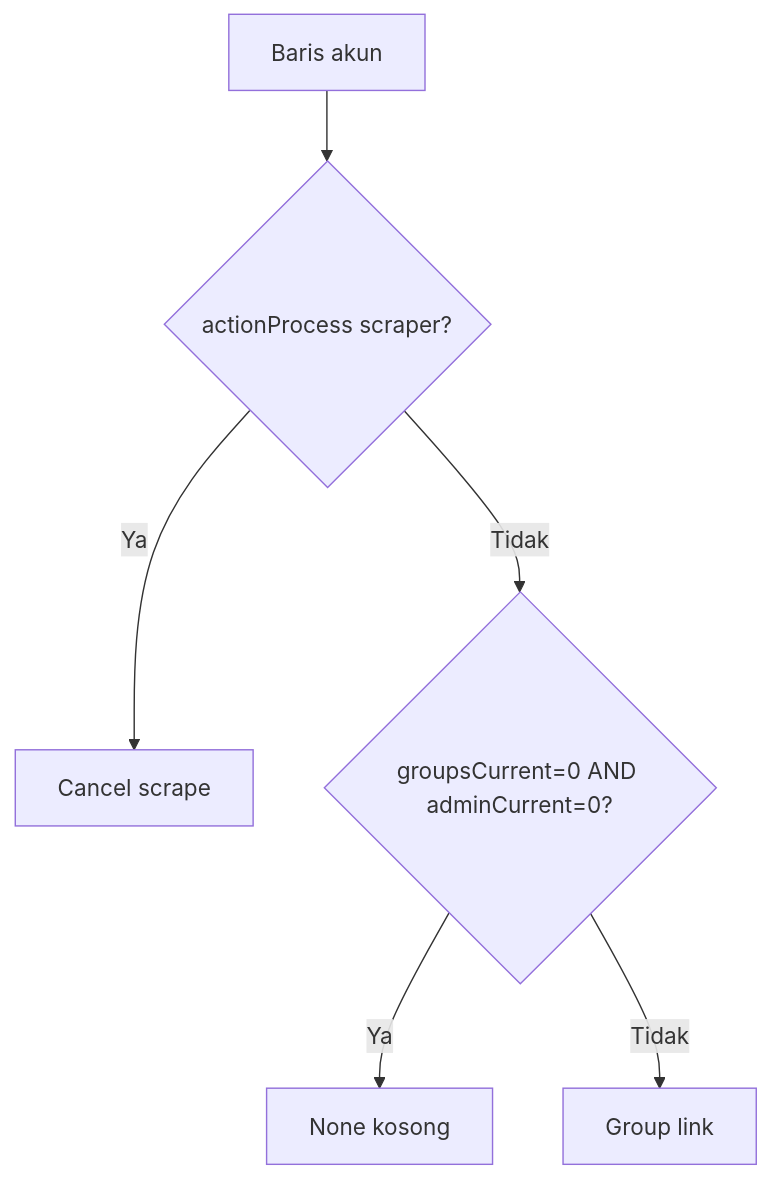
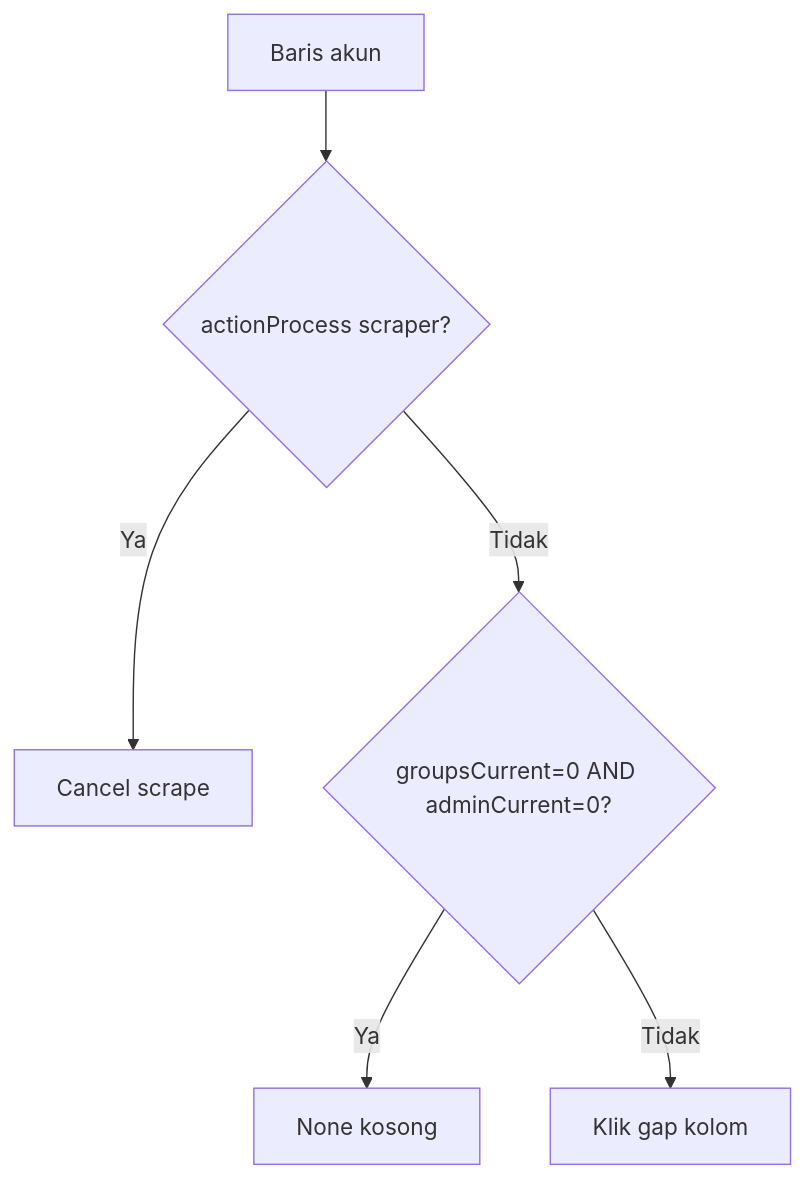
The second of 2 diagrams in docs/PROJECT-MASTER-REFERENCE.md (SevaIrawan/bo_resource_management), drawn with Mermaid before and after one commit. The commit also changed other lines of this file and 56 other files, not shown here.

````diff
--- a/docs/PROJECT-MASTER-REFERENCE.md
+++ b/docs/PROJECT-MASTER-REFERENCE.md
@@ -800,8 +804,8 @@
 ```mermaid
 flowchart TD
   A[Baris akun] --> Q1{actionProcess scraper?}
   Q1 -->|Ya| CR[Cancel scrape]
   Q1 -->|Tidak| Q2{groupsCurrent=0 AND adminCurrent=0?}
   Q2 -->|Ya| N[None kosong]
-  Q2 -->|Tidak| GL[Group link]
+  Q2 -->|Tidak| GL[Klik gap kolom]
 ```
````
